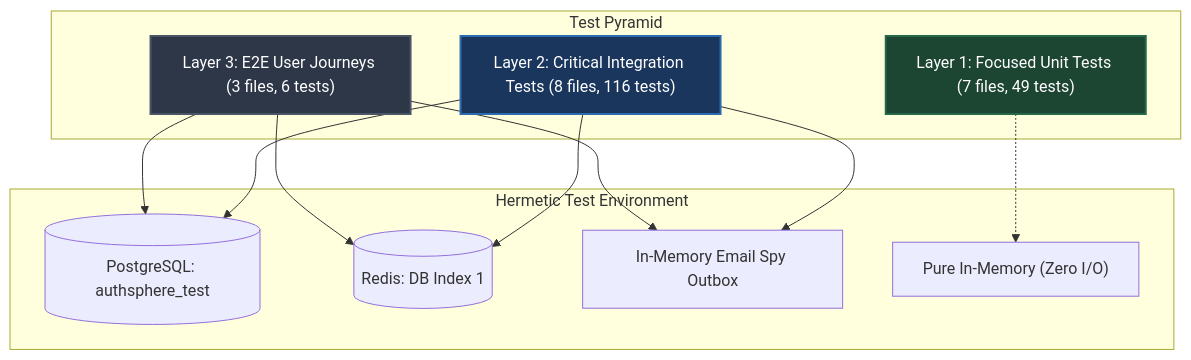
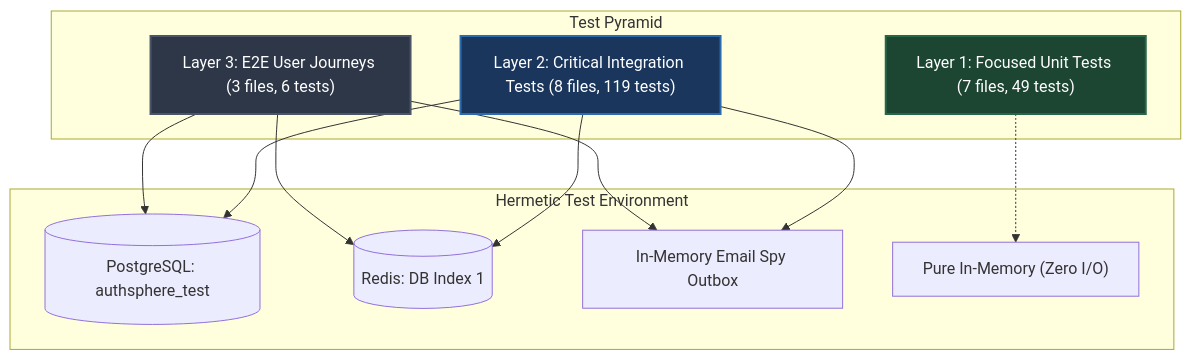
One commit to utkarshj014/authsphere changed the first of 2 diagrams in docs/TESTING.md. Above: the diagram before and after it, drawn with Mermaid. The commit also changed other lines of this file and 2 other files, not shown here.

````diff
--- a/docs/TESTING.md
+++ b/docs/TESTING.md
@@ -47,19 +47,19 @@
 ```mermaid
 graph TD
     subgraph TP ["Test Pyramid"]
         E2E["Layer 3: E2E User Journeys (3 files, 6 tests)"]
-        INT["Layer 2: Critical Integration Tests (8 files, 116 tests)"]
+        INT["Layer 2: Critical Integration Tests (8 files, 119 tests)"]
         UNIT["Layer 1: Focused Unit Tests (7 files, 49 tests)"]
     end
 
     subgraph HTE ["Hermetic Test Environment"]
         E2E & INT --> TestDB[("PostgreSQL: authsphere_test")]
         E2E & INT --> TestRedis[("Redis: DB Index 1")]
         E2E & INT --> EmailSpy["In-Memory Email Spy Outbox"]
         UNIT -.-> PureMemory["Pure In-Memory (Zero I/O)"]
     end
 
     style E2E fill:#2d3748,stroke:#4a5568,stroke-width:2px,color:#fff
     style INT fill:#1a365d,stroke:#2b6cb0,stroke-width:2px,color:#fff
     style UNIT fill:#1c4532,stroke:#276749,stroke-width:2px,color:#fff
 ```
````
